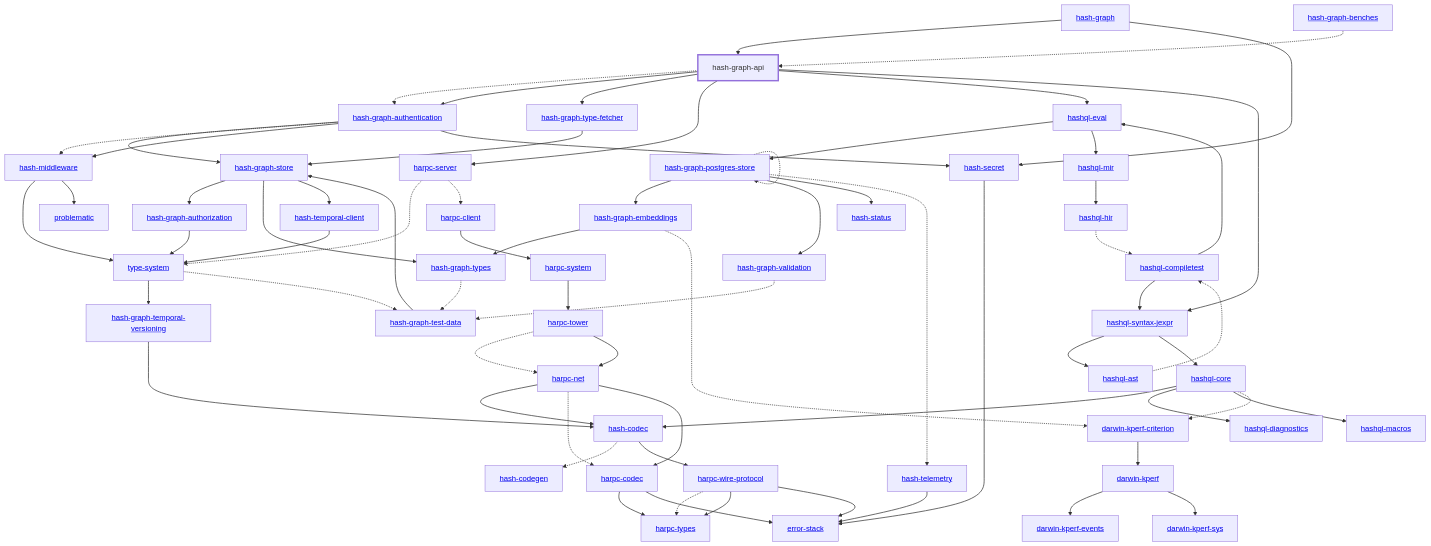
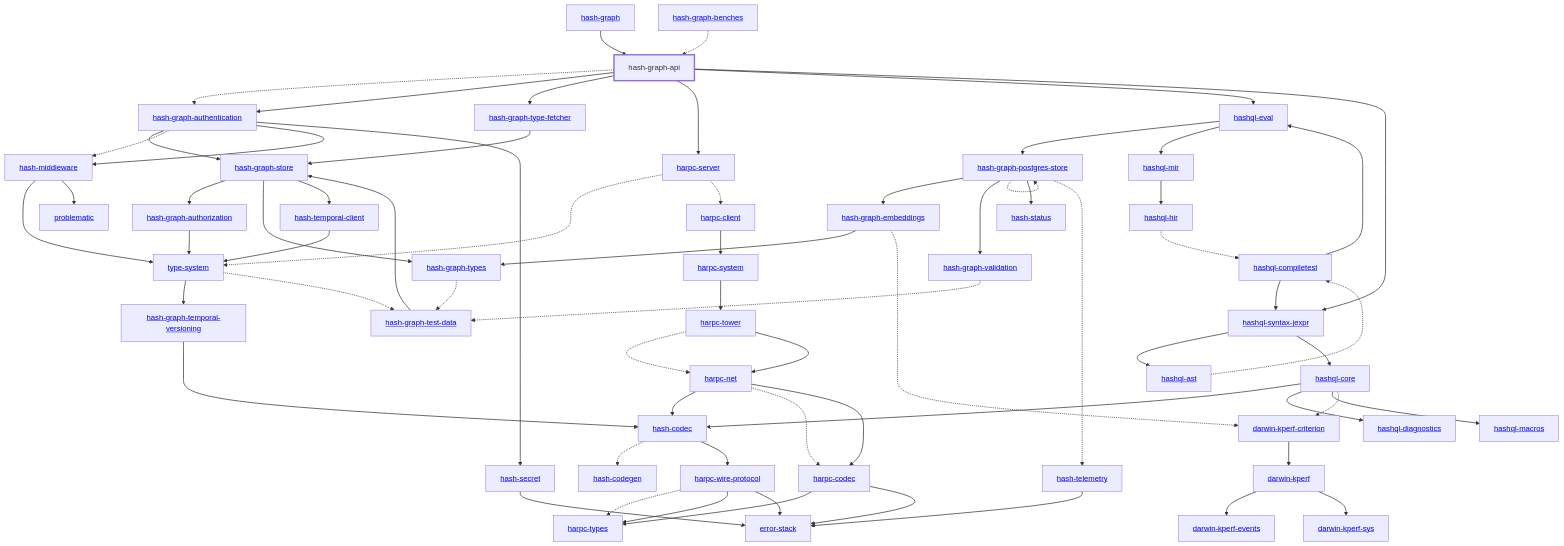
The diagram in libs/@local/graph/api/docs/dependency-diagram.mmd (hashintel/hash), drawn with Mermaid before and after one commit. The commit also changed 10 other files, not shown here.

```diff
--- a/libs/@local/graph/api/docs/dependency-diagram.mmd
+++ b/libs/@local/graph/api/docs/dependency-diagram.mmd
@@ -1,123 +1,122 @@
 graph TD
     linkStyle default stroke-width:1.5px
     classDef default stroke-width:1px
     classDef root stroke-width:3px
     classDef dev stroke-width:1px
     classDef build stroke-width:1px
     %% Legend
     %% --> : Normal dependency
     %% -.-> : Dev dependency
     %% ---> : Build dependency
     0[<a href="../hash_graph/index.html">hash-graph</a>]
     1[<a href="../type_system/index.html">type-system</a>]
     2[<a href="../hash_codec/index.html">hash-codec</a>]
     3[<a href="../hash_codegen/index.html">hash-codegen</a>]
     4[hash-graph-api]
     class 4 root
     5[<a href="../hash_graph_authentication/index.html">hash-graph-authentication</a>]
     6[<a href="../hash_graph_authorization/index.html">hash-graph-authorization</a>]
     7[<a href="../hash_graph_embeddings/index.html">hash-graph-embeddings</a>]
     8[<a href="../hash_graph_postgres_store/index.html">hash-graph-postgres-store</a>]
     9[<a href="../hash_graph_store/index.html">hash-graph-store</a>]
     10[<a href="../hash_graph_temporal_versioning/index.html">hash-graph-temporal-versioning</a>]
     11[<a href="../hash_graph_type_fetcher/index.html">hash-graph-type-fetcher</a>]
     12[<a href="../hash_graph_types/index.html">hash-graph-types</a>]
     13[<a href="../hash_graph_validation/index.html">hash-graph-validation</a>]
     14[<a href="../harpc_client/index.html">harpc-client</a>]
     15[<a href="../harpc_codec/index.html">harpc-codec</a>]
     16[<a href="../harpc_net/index.html">harpc-net</a>]
     17[<a href="../harpc_server/index.html">harpc-server</a>]
     18[<a href="../harpc_system/index.html">harpc-system</a>]
     19[<a href="../harpc_tower/index.html">harpc-tower</a>]
     20[<a href="../harpc_types/index.html">harpc-types</a>]
     21[<a href="../harpc_wire_protocol/index.html">harpc-wire-protocol</a>]
     22[<a href="../hashql_ast/index.html">hashql-ast</a>]
     23[<a href="../hashql_compiletest/index.html">hashql-compiletest</a>]
     24[<a href="../hashql_core/index.html">hashql-core</a>]
     25[<a href="../hashql_diagnostics/index.html">hashql-diagnostics</a>]
     26[<a href="../hashql_eval/index.html">hashql-eval</a>]
     27[<a href="../hashql_hir/index.html">hashql-hir</a>]
     28[<a href="../hashql_macros/index.html">hashql-macros</a>]
     29[<a href="../hashql_mir/index.html">hashql-mir</a>]
     30[<a href="../hashql_syntax_jexpr/index.html">hashql-syntax-jexpr</a>]
     31[<a href="../hash_middleware/index.html">hash-middleware</a>]
     32[<a href="../hash_secret/index.html">hash-secret</a>]
     33[<a href="../hash_status/index.html">hash-status</a>]
     34[<a href="../hash_telemetry/index.html">hash-telemetry</a>]
     35[<a href="../hash_temporal_client/index.html">hash-temporal-client</a>]
     36[<a href="../darwin_kperf/index.html">darwin-kperf</a>]
     37[<a href="../darwin_kperf_criterion/index.html">darwin-kperf-criterion</a>]
     38[<a href="../darwin_kperf_events/index.html">darwin-kperf-events</a>]
     39[<a href="../darwin_kperf_sys/index.html">darwin-kperf-sys</a>]
     40[<a href="../error_stack/index.html">error-stack</a>]
     41[<a href="../problematic/index.html">problematic</a>]
     42[<a href="../hash_graph_benches/index.html">hash-graph-benches</a>]
     43[<a href="../hash_graph_test_data/index.html">hash-graph-test-data</a>]
     0 --> 4
-    0 --> 32
     1 --> 10
     1 -.-> 43
     2 -.-> 3
     2 --> 21
     4 -.-> 5
     4 --> 5
     4 --> 11
     4 --> 17
     4 --> 26
     4 --> 30
     5 --> 9
     5 -.-> 31
     5 --> 31
     5 --> 32
     6 --> 1
     7 --> 12
     7 -.-> 37
     8 --> 7
     8 -.-> 8
     8 --> 13
     8 --> 33
     8 -.-> 34
     9 --> 6
     9 --> 12
     9 --> 35
     10 --> 2
     11 --> 9
     12 -.-> 43
     13 -.-> 43
     14 --> 18
     15 --> 20
     15 --> 40
     16 --> 2
     16 -.-> 15
     16 --> 15
     17 -.-> 1
     17 -.-> 14
     18 --> 19
     19 -.-> 16
     19 --> 16
     21 -.-> 20
     21 --> 20
     21 --> 40
     22 -.-> 23
     23 --> 26
     23 --> 30
     24 --> 2
     24 --> 25
     24 --> 28
     24 -.-> 37
     26 --> 8
     26 --> 29
     27 -.-> 23
     29 --> 27
     30 --> 22
     30 --> 24
     31 --> 1
     31 --> 41
     32 --> 40
     34 --> 40
     35 --> 1
     36 --> 38
     36 --> 39
     37 --> 36
     42 -.-> 4
     43 --> 9
```
